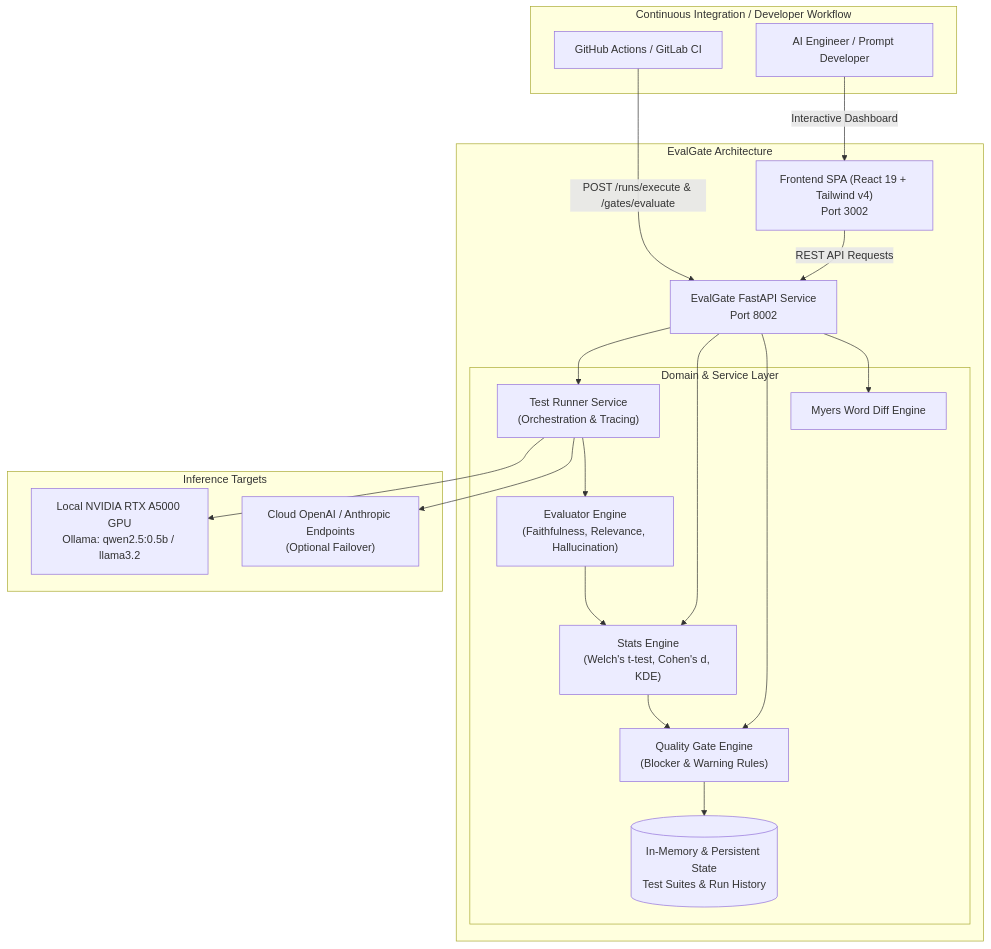
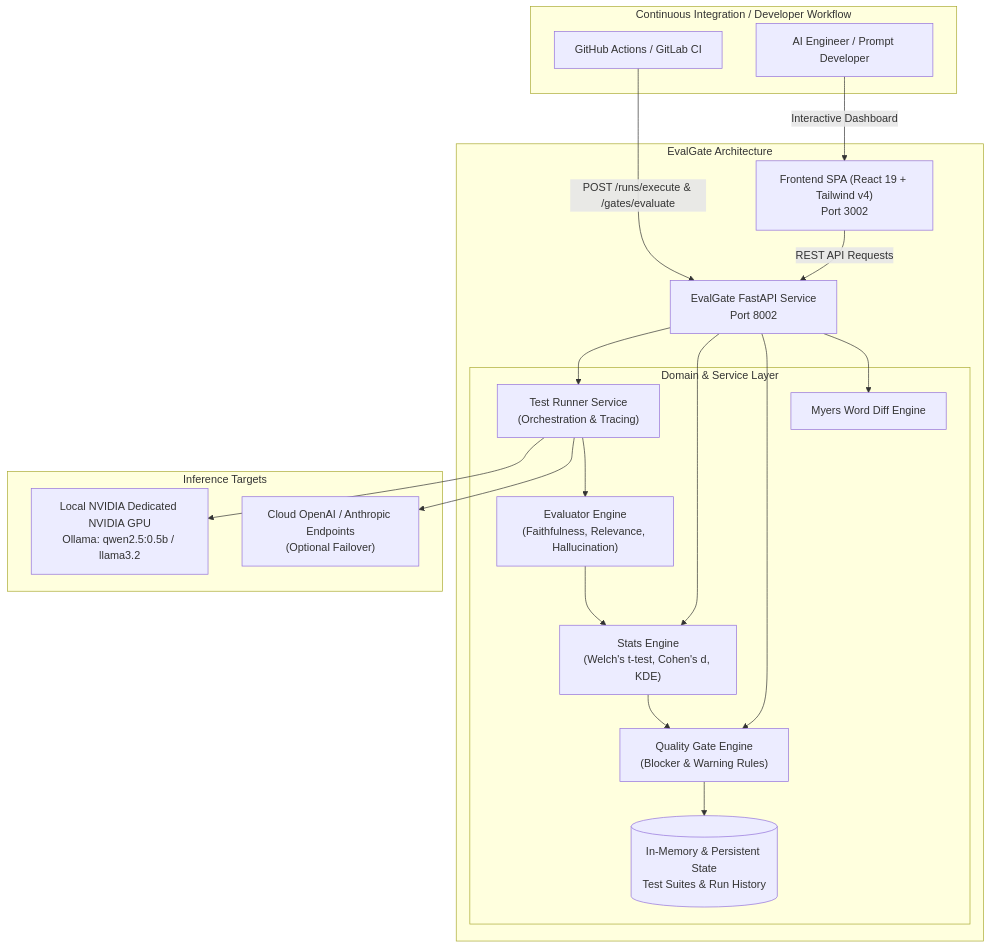
Before and after one commit to Kyrollo/evalgate: the first of 3 diagrams in docs/architecture.md, drawn with Mermaid. The commit also changed other lines of this file and 7 other files, not shown here.

````diff
--- a/docs/architecture.md
+++ b/docs/architecture.md
@@ -10,41 +10,41 @@
 ```mermaid
 flowchart TD
     subgraph CI_Pipeline ["Continuous Integration / Developer Workflow"]
         GH["GitHub Actions / GitLab CI"]
         Dev["AI Engineer / Prompt Developer"]
     end
 
     subgraph EvalGate_Platform ["EvalGate Architecture"]
         Frontend["Frontend SPA (React 19 + Tailwind v4)\nPort 3002"]
         APIServer["EvalGate FastAPI Service\nPort 8002"]
 
         subgraph Core_Services ["Domain & Service Layer"]
             Runner["Test Runner Service\n(Orchestration & Tracing)"]
             Evaluator["Evaluator Engine\n(Faithfulness, Relevance, Hallucination)"]
             Stats["Stats Engine\n(Welch's t-test, Cohen's d, KDE)"]
             Gate["Quality Gate Engine\n(Blocker & Warning Rules)"]
             Diff["Myers Word Diff Engine"]
             Store[("In-Memory & Persistent State\nTest Suites & Run History")]
         end
     end
 
     subgraph Hardware_Inference ["Inference Targets"]
-        OllamaGPU["Local NVIDIA RTX A5000 GPU\nOllama: qwen2.5:0.5b / llama3.2"]
+        OllamaGPU["Local NVIDIA Dedicated NVIDIA GPU\nOllama: qwen2.5:0.5b / llama3.2"]
         CloudLLM["Cloud OpenAI / Anthropic Endpoints\n(Optional Failover)"]
     end
 
     GH -->|POST /runs/execute & /gates/evaluate| APIServer
     Dev -->|Interactive Dashboard| Frontend
     Frontend -->|REST API Requests| APIServer
     APIServer --> Runner
     APIServer --> Stats
     APIServer --> Gate
     APIServer --> Diff
 
     Runner --> OllamaGPU
     Runner --> CloudLLM
     Runner --> Evaluator
     Evaluator --> Stats
     Stats --> Gate
     Gate --> Store
 ```
````
